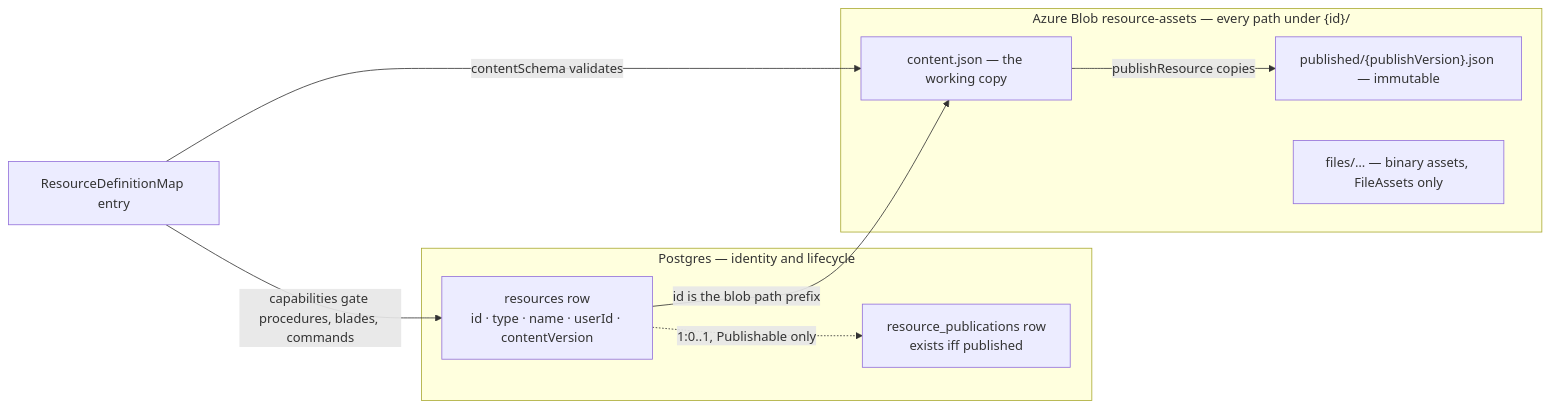
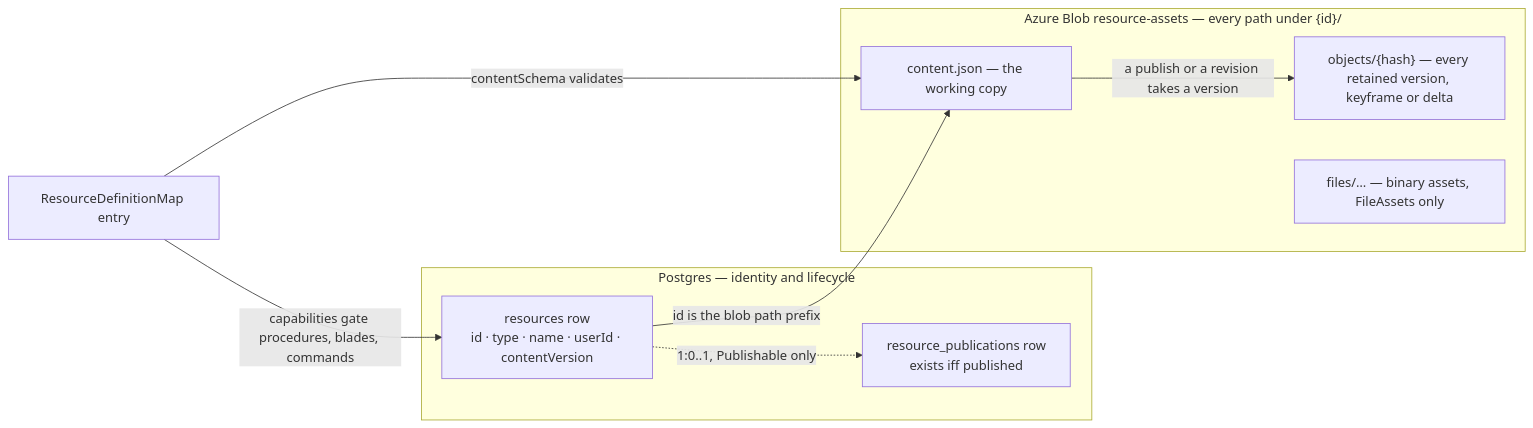
Before and after one commit to Esposter/Esposter: the first of 2 diagrams in apps/web/content/docs/architecture/resource.md, drawn with Mermaid. The commit also changed other lines of this file and 18 other files, not shown here.

First line of the commit message:
refactor(resource): the version store is the only snapshot, so the prose and the blob reader say so

````diff
--- a/apps/web/content/docs/architecture/resource.md
+++ b/apps/web/content/docs/architecture/resource.md
@@ -14,21 +14,21 @@
 ```mermaid
 flowchart LR
   subgraph pg [Postgres — identity and lifecycle]
     ROW["resources row<br/>id · type · name · userId · contentVersion"]
     PUBROW["resource_publications row<br/>exists iff published"]
     ROW -. "1:0..1, Publishable only" .-> PUBROW
   end
 
   subgraph blob ["Azure Blob resource-assets — every path under {id}/"]
     CONTENT["content.json — the working copy"]
-    PUB["published/{publishVersion}.json — immutable"]
+    PUB["objects/{hash} — every retained version, keyframe or delta"]
     FILES["files/… — binary assets, FileAssets only"]
   end
 
   DEF["ResourceDefinitionMap entry"]
 
   ROW -- "id is the blob path prefix" --> CONTENT
-  CONTENT -- "publishResource copies" --> PUB
+  CONTENT -- "a publish or a revision takes a version" --> PUB
   DEF -- "contentSchema validates" --> CONTENT
   DEF -- "capabilities gate procedures, blades, commands" --> ROW
 ```
````
